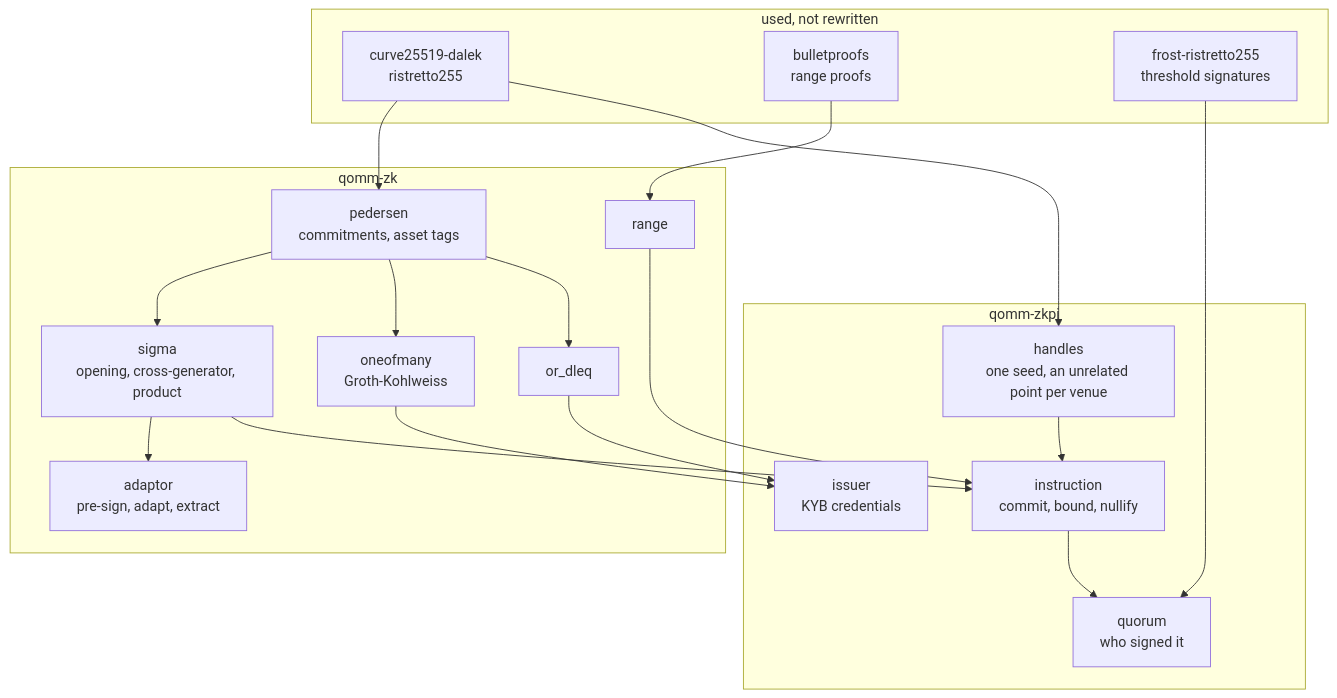
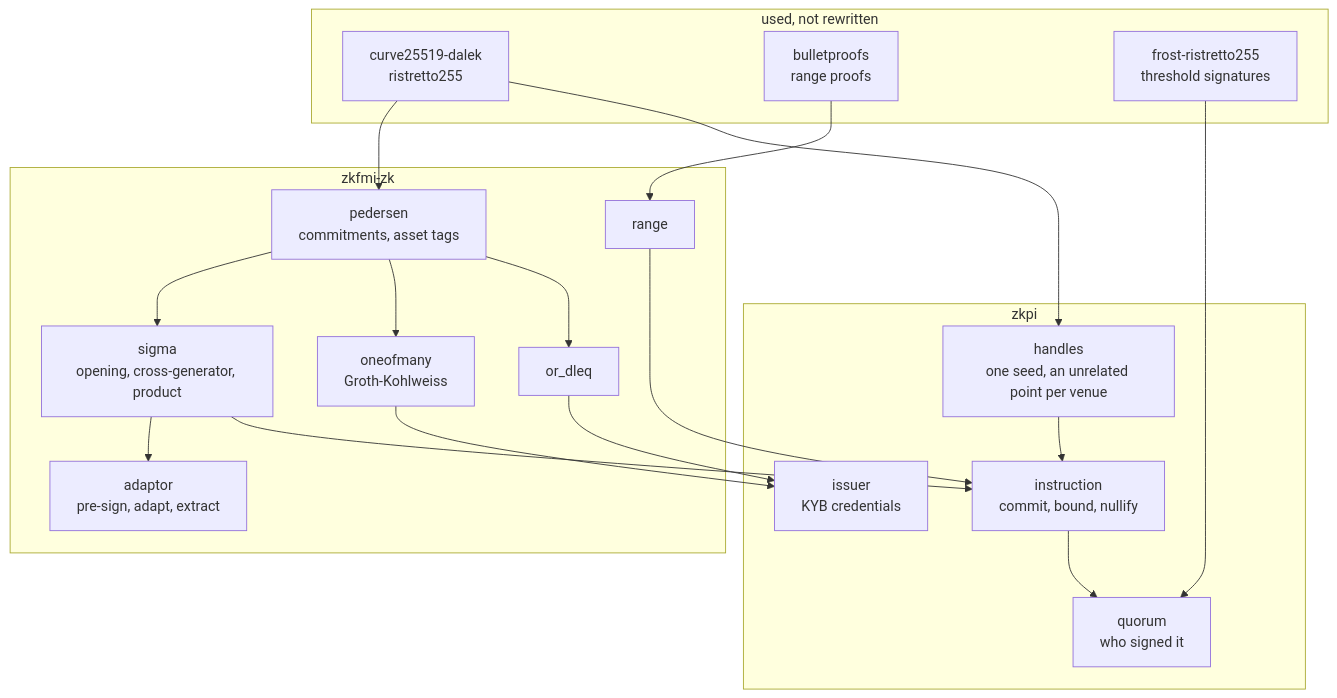
The second of 2 diagrams in README.md (zkFMI/zkpi), drawn with Mermaid before and after one commit. The commit also changed other lines of this file and 138 other files, not shown here.

First line of the commit message:
Rename qomm-zkpi to zkpi, qomm-zk to zkfmi-zk, qomm-measure to zkfmi-measure, qomm-harness to zkpi-harness

````diff
--- a/README.md
+++ b/README.md
@@ -50,39 +50,39 @@
 ```mermaid
 flowchart TB
     subgraph audited["used, not rewritten"]
         DALEK["curve25519-dalek<br/>ristretto255"]
         BP["bulletproofs<br/>range proofs"]
         FROST["frost-ristretto255<br/>threshold signatures"]
     end
 
-    subgraph zk["qomm-zk"]
+    subgraph zk["zkfmi-zk"]
         PED["pedersen<br/>commitments, asset tags"]
         SIG["sigma<br/>opening, cross-generator, product"]
         RNG["range"]
         OOM["oneofmany<br/>Groth-Kohlweiss"]
         ORD["or_dleq"]
         ADP["adaptor<br/>pre-sign, adapt, extract"]
     end
 
-    subgraph pi["qomm-zkpi"]
+    subgraph pi["zkpi"]
         ISS["issuer<br/>KYB credentials"]
         INS["instruction<br/>commit, bound, nullify"]
         QUO["quorum<br/>who signed it"]
         HAN["handles<br/>one seed, an unrelated point per venue"]
     end
 
     DALEK --> PED
     DALEK --> HAN
     BP --> RNG
     FROST --> QUO
     PED --> SIG
     PED --> OOM
     PED --> ORD
     SIG --> ADP
     SIG --> INS
     RNG --> INS
     OOM --> ISS
     ORD --> ISS
     INS --> QUO
     HAN --> INS
 ```
````
